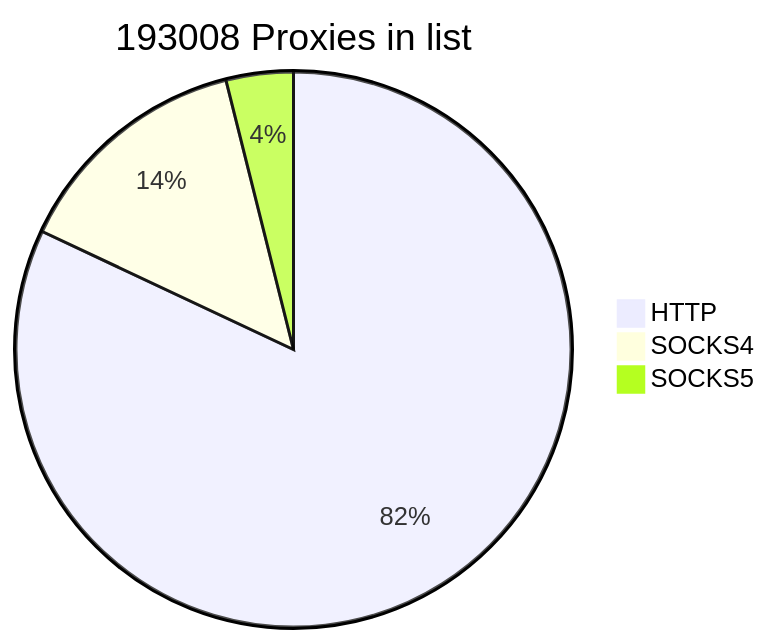
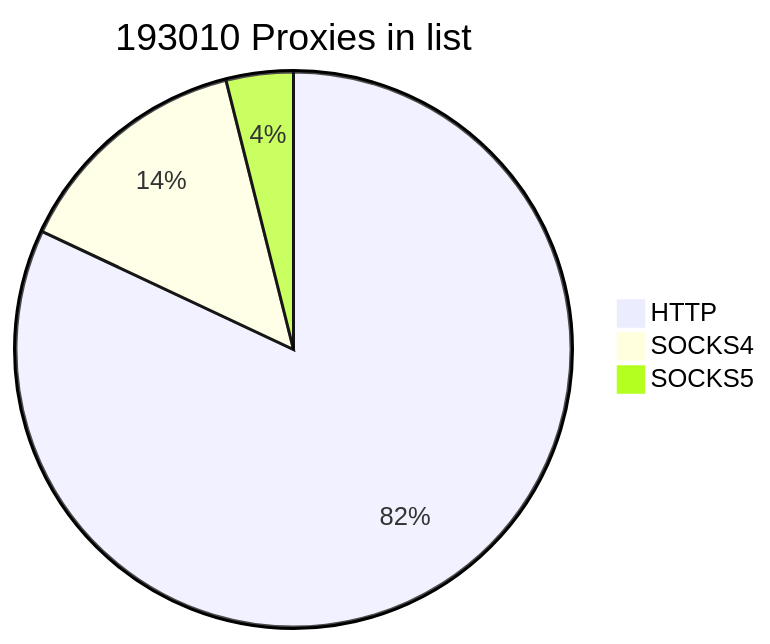
The first of 2 diagrams in README.md (cutipu/proxylist), drawn with Mermaid before and after one commit. The commit also changed other lines of this file, not shown here.

````diff
--- a/README.md
+++ b/README.md
@@ -2,7 +2,7 @@
 ```mermaid
-pie title 193008 Proxies in list
+pie title 193010 Proxies in list
     "HTTP" : 158247
-    "SOCKS4" : 27214
-    "SOCKS5" : 7547
+    "SOCKS4" : 27217
+    "SOCKS5" : 7546
             
 ```
````
